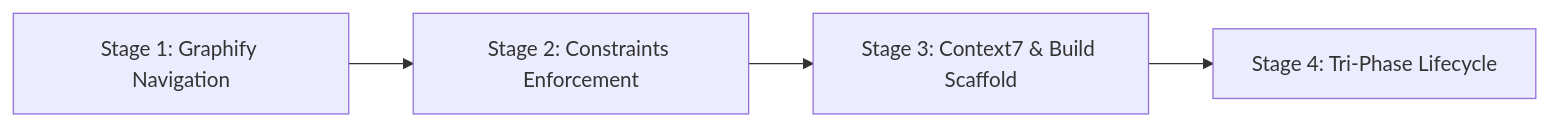
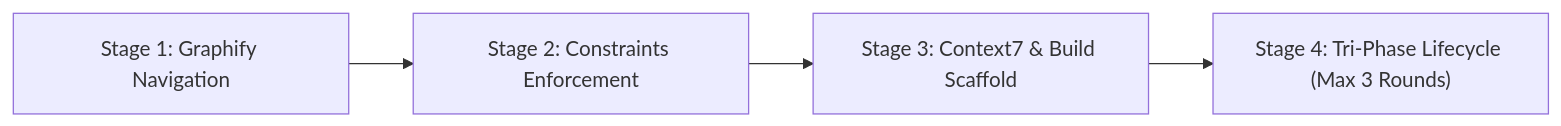
Before and after one commit to Reyansh-Niranjan/r2: the diagram in commands/r2-code/SKILL.md, drawn with Mermaid. The commit also changed other lines of this file and 7889 other files, not shown here.

````diff
--- a/commands/r2-code/SKILL.md
+++ b/commands/r2-code/SKILL.md
@@ -45,6 +50,6 @@
 ```mermaid
 flowchart LR
     A["Stage 1: Graphify Navigation"] --> B["Stage 2: Constraints Enforcement"]
     B --> C["Stage 3: Context7 & Build Scaffold"]
-    C --> D["Stage 4: Tri-Phase Lifecycle"]
+    C --> D["Stage 4: Tri-Phase Lifecycle (Max 3 Rounds)"]
 ```
````
